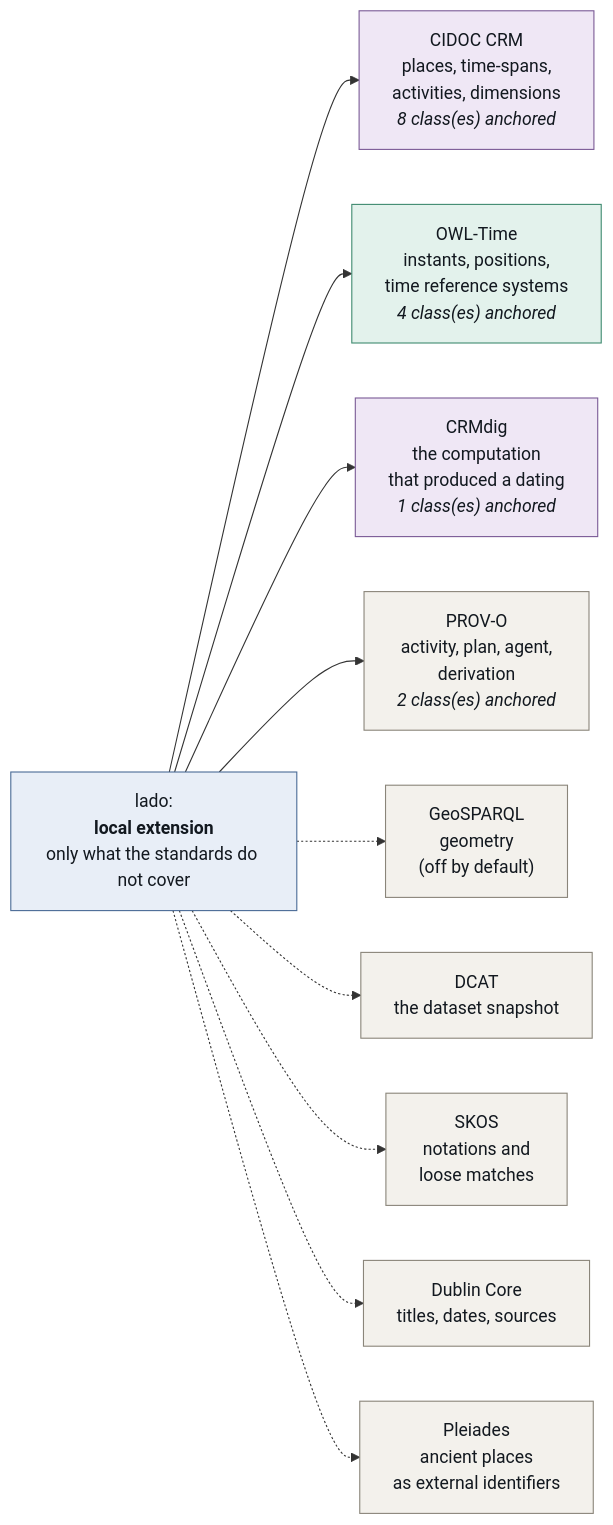
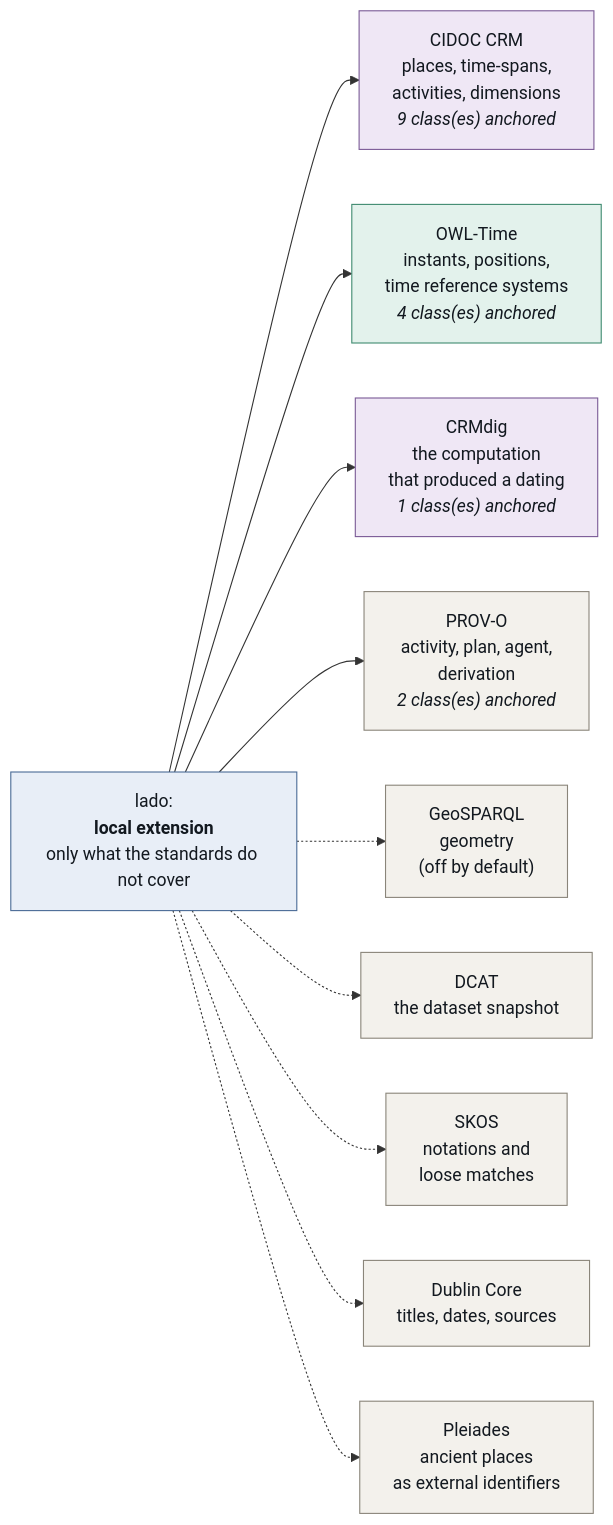
The first of 3 diagrams in docs/crosswalk.md (leiza-rse/IPSDatedSites), drawn with Mermaid before and after one commit. The commit also changed other lines of this file and 33 other files, not shown here.

````diff
--- a/docs/crosswalk.md
+++ b/docs/crosswalk.md
@@ -90,33 +92,33 @@
 ```mermaid
 flowchart LR
     LADO["lado:<br/><b>local extension</b><br/>only what the standards do not cover"]
-    crm["CIDOC CRM<br/>places, time-spans,<br/>activities, dimensions<br/><i>8 class(es) anchored</i>"]
+    crm["CIDOC CRM<br/>places, time-spans,<br/>activities, dimensions<br/><i>9 class(es) anchored</i>"]
     LADO --> crm
     time["OWL-Time<br/>instants, positions,<br/>time reference systems<br/><i>4 class(es) anchored</i>"]
     LADO --> time
     crmdig["CRMdig<br/>the computation<br/>that produced a dating<br/><i>1 class(es) anchored</i>"]
     LADO --> crmdig
     prov["PROV-O<br/>activity, plan, agent,<br/>derivation<br/><i>2 class(es) anchored</i>"]
     LADO --> prov
     geo["GeoSPARQL<br/>geometry<br/>(off by default)"]
     LADO -.-> geo
     dcat["DCAT<br/>the dataset snapshot"]
     LADO -.-> dcat
     skos["SKOS<br/>notations and<br/>loose matches"]
     LADO -.-> skos
     dcterms["Dublin Core<br/>titles, dates, sources"]
     LADO -.-> dcterms
     pleiades["Pleiades<br/>ancient places<br/>as external identifiers"]
     LADO -.-> pleiades
 
     class LADO local
     class crm,crmdig crm
     class time time
     class prov,geo,dcat,skos,dcterms,pleiades ext
 
     classDef local fill:#e8eef7,stroke:#4a6b96,stroke-width:1px,color:#12181f
     classDef crm fill:#efe7f5,stroke:#7a5a96,stroke-width:1px,color:#12181f
     classDef time fill:#e3f2ec,stroke:#3f8a70,stroke-width:1px,color:#12181f
     classDef ext fill:#f3f1ec,stroke:#8a857a,stroke-width:1px,color:#12181f
     classDef io fill:#faf3e3,stroke:#a8872e,stroke-width:1px,color:#12181f
 ```
````
